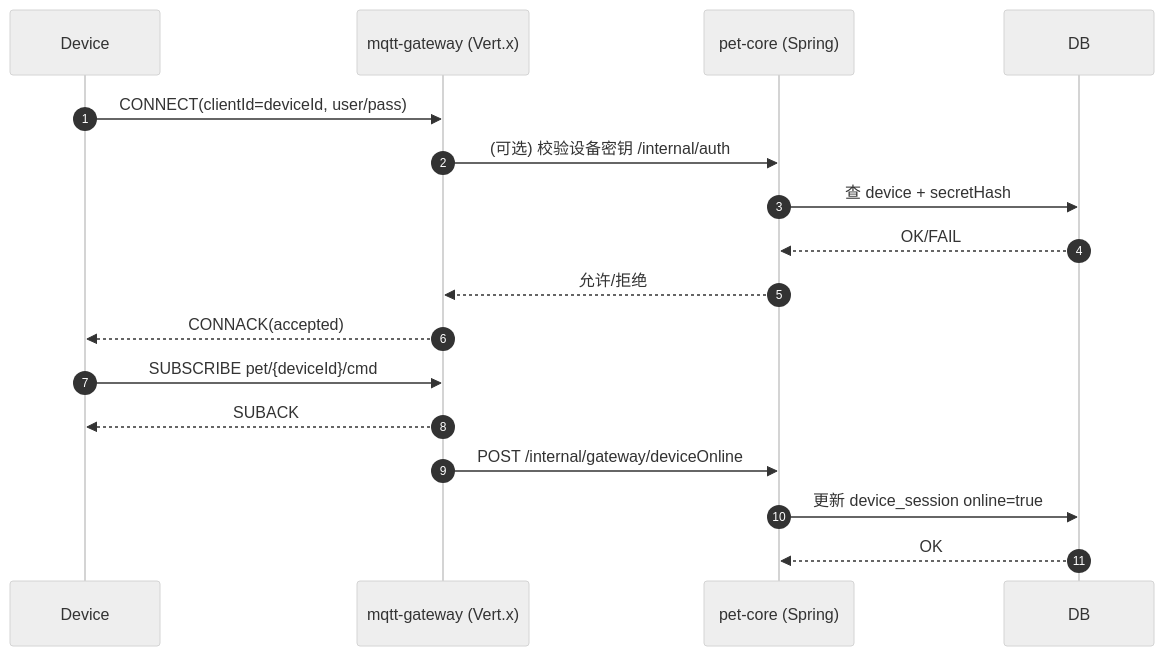
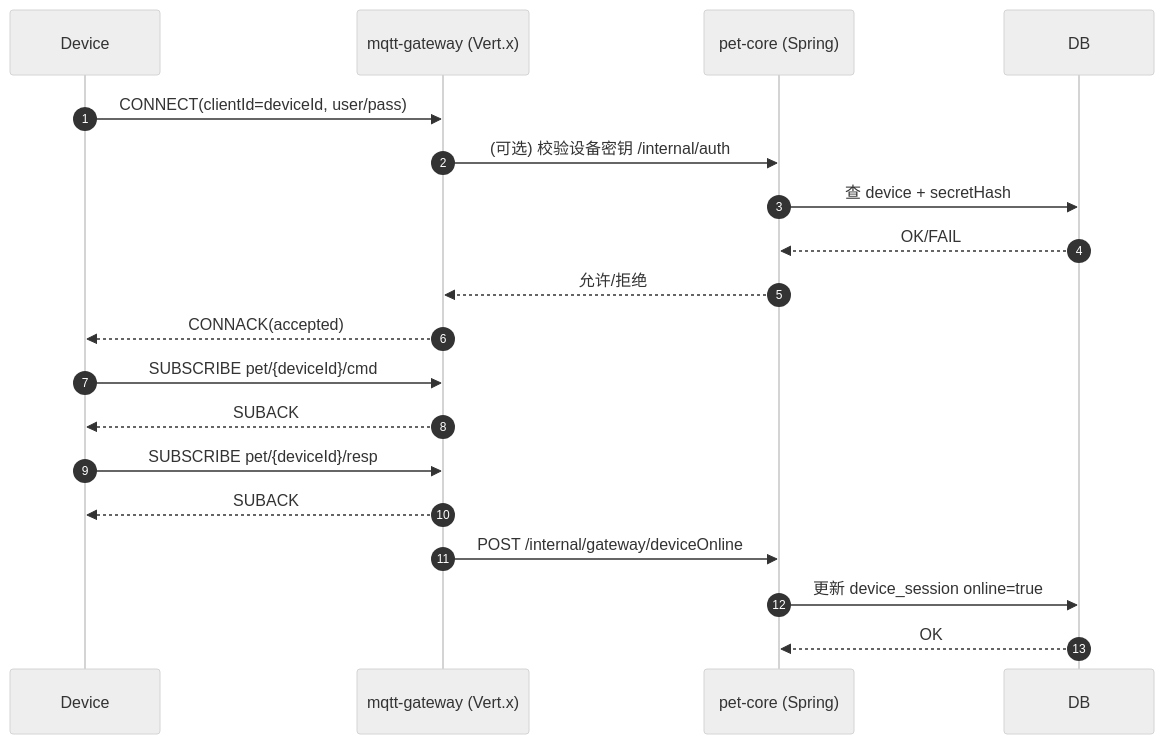
One commit to licn9901-arch/AiBot changed the fourth of 8 diagrams in doc/架构图.md. Above: the diagram before and after it, drawn with Mermaid (neutral theme). The commit also changed other lines of this file and 88 other files, not shown here.

````diff
--- a/doc/架构图.md
+++ b/doc/架构图.md
@@ -115,22 +123,24 @@
 ```mermaid
 sequenceDiagram
   autonumber
   participant D as Device
   participant G as mqtt-gateway (Vert.x)
   participant C as pet-core (Spring)
   participant DB as DB
 
   D->>G: CONNECT(clientId=deviceId, user/pass)
   G->>C: (可选) 校验设备密钥 /internal/auth
   C->>DB: 查 device + secretHash
   DB-->>C: OK/FAIL
   C-->>G: 允许/拒绝
   G-->>D: CONNACK(accepted)
 
   D->>G: SUBSCRIBE pet/{deviceId}/cmd
   G-->>D: SUBACK
+  D->>G: SUBSCRIBE pet/{deviceId}/resp
+  G-->>D: SUBACK
 
   G->>C: POST /internal/gateway/deviceOnline
   C->>DB: 更新 device_session online=true
   DB-->>C: OK
 ```
````
